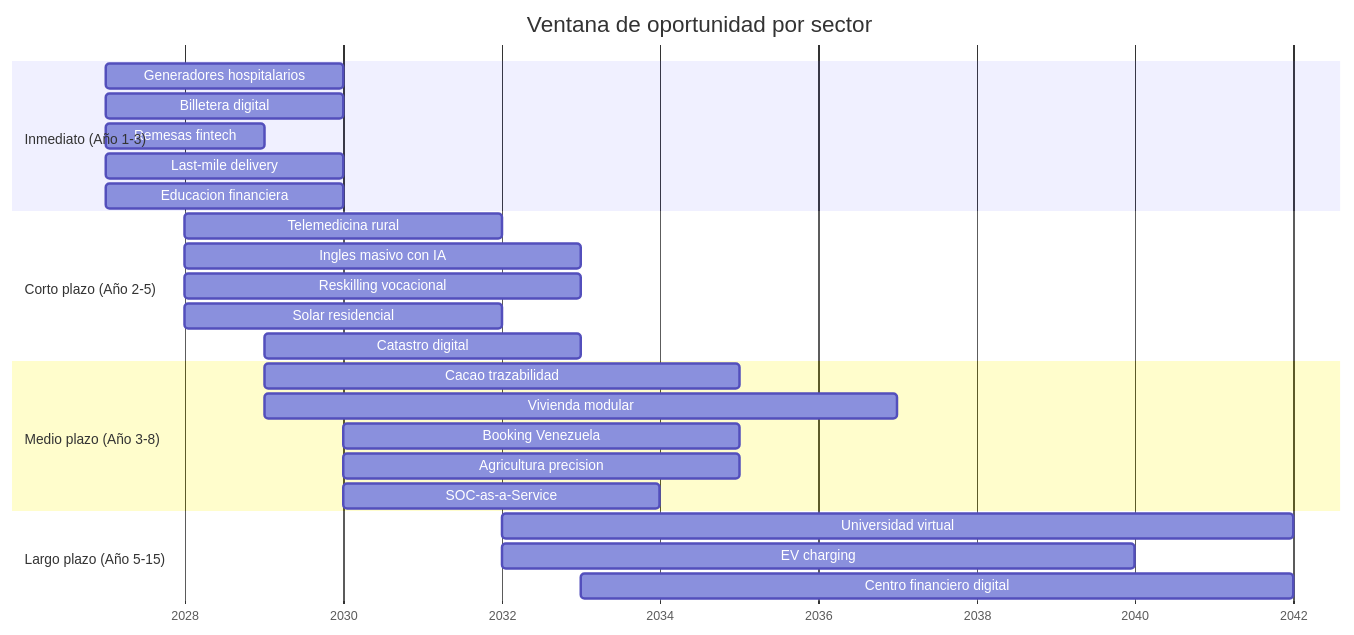
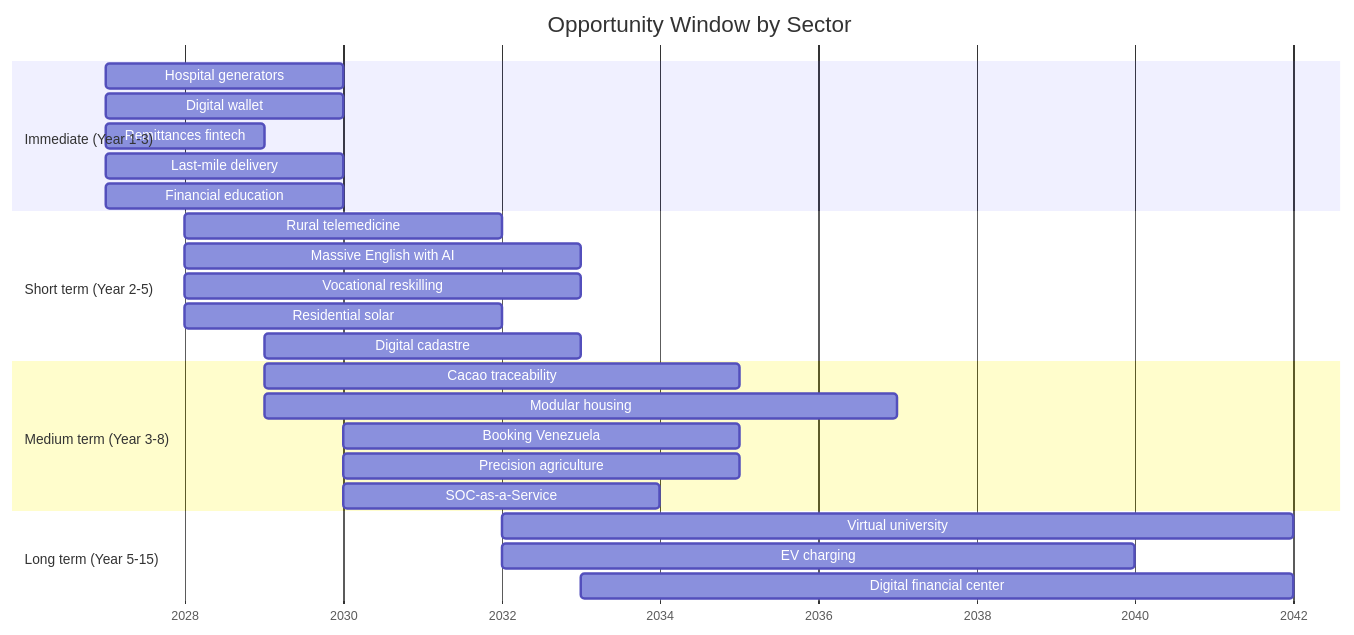
The second of 2 diagrams in i18n/en/docusaurus-plugin-content-docs/current/05-transformacion/oportunidades-negocio.md (Venezuela-S-A/venezuela-sa), drawn with Mermaid before and after one commit. The commit also changed other lines of this file and 127 other files, not shown here.

````diff
--- a/i18n/en/docusaurus-plugin-content-docs/current/05-transformacion/oportunidades-negocio.md
+++ b/i18n/en/docusaurus-plugin-content-docs/current/05-transformacion/oportunidades-negocio.md
@@ -219,28 +219,28 @@
 ```mermaid
 gantt
-    title Ventana de oportunidad por sector
+    title Opportunity Window by Sector
     dateFormat YYYY
     axisFormat %Y
-    section Inmediato (Año 1-3)
-    Generadores hospitalarios      :2027, 2030
-    Billetera digital              :2027, 2030
-    Remesas fintech                :2027, 2029
+    section Immediate (Year 1-3)
+    Hospital generators            :2027, 2030
+    Digital wallet                 :2027, 2030
+    Remittances fintech            :2027, 2029
     Last-mile delivery             :2027, 2030
-    Educacion financiera           :2027, 2030
-    section Corto plazo (Año 2-5)
-    Telemedicina rural             :2028, 2032
-    Ingles masivo con IA           :2028, 2033
-    Reskilling vocacional          :2028, 2033
-    Solar residencial              :2028, 2032
-    Catastro digital               :2029, 2033
-    section Medio plazo (Año 3-8)
-    Cacao trazabilidad             :2029, 2035
-    Vivienda modular               :2029, 2037
+    Financial education            :2027, 2030
+    section Short term (Year 2-5)
+    Rural telemedicine             :2028, 2032
+    Massive English with AI        :2028, 2033
+    Vocational reskilling          :2028, 2033
+    Residential solar              :2028, 2032
+    Digital cadastre               :2029, 2033
+    section Medium term (Year 3-8)
+    Cacao traceability             :2029, 2035
+    Modular housing                :2029, 2037
     Booking Venezuela              :2030, 2035
-    Agricultura precision          :2030, 2035
+    Precision agriculture          :2030, 2035
     SOC-as-a-Service               :2030, 2034
-    section Largo plazo (Año 5-15)
-    Universidad virtual            :2032, 2042
+    section Long term (Year 5-15)
+    Virtual university             :2032, 2042
     EV charging                    :2032, 2040
-    Centro financiero digital      :2033, 2042
+    Digital financial center       :2033, 2042
 ```
````
